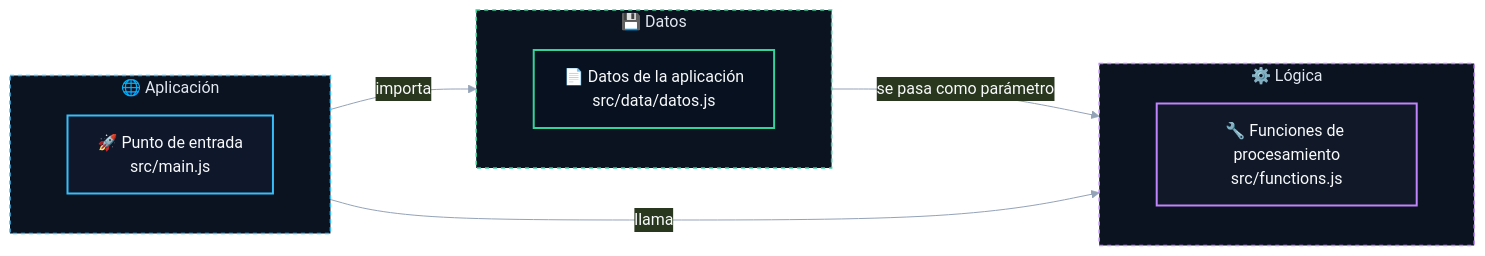
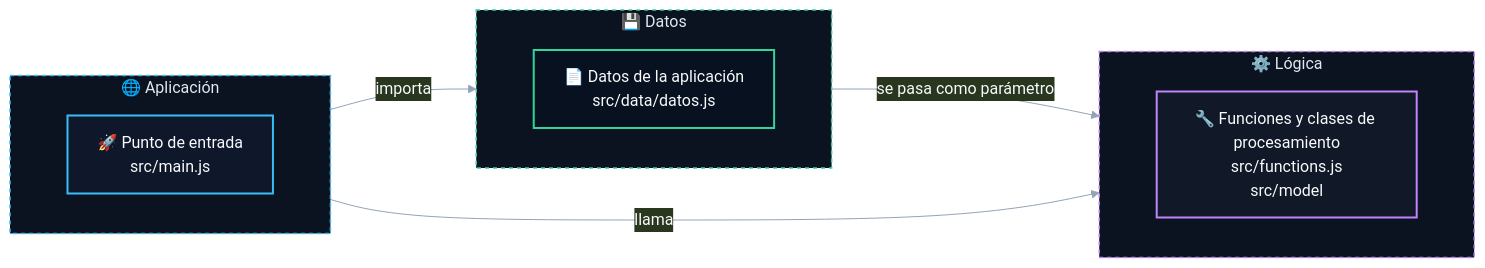
One commit to DavidTorro/BatoiBooks changed the diagram in README.md. Above: the diagram before and after it, drawn with Mermaid. The commit also changed other lines of this file, not shown here.

````diff
--- a/README.md
+++ b/README.md
@@ -30,46 +30,46 @@
 ```mermaid
 %%{init: {
     "theme": "base",
     "flowchart": { "curve": "basis", "nodeSpacing": 60, "rankSpacing": 90 },
     "themeVariables": {
         "primaryColor": "#1f2937",
         "primaryTextColor": "#f9fafb",
         "primaryBorderColor": "#60a5fa",
         "lineColor": "#94a3b8",
         "tertiaryColor": "#0f172a"
     }
 }}%%
 
 flowchart LR
     subgraph SG0["🌐 Aplicación"]
         direction LR
         app["🚀 Punto de entrada<br/>src/main.js"]
     end
 
     subgraph SG1["⚙️ Lógica"]
         direction LR
-        logic["🔧 Funciones de procesamiento<br/>src/functions.js"]
+        logic["🔧 Funciones y clases de procesamiento<br/>src/functions.js<br/>src/model"]
     end
 
     subgraph SG2["💾 Datos"]
         direction LR
         data["📄 Datos de la aplicación<br/>src/data/datos.js"]
     end
 
     app -- "llama" --> logic
     app -- "importa" --> data
     data -- "se pasa como parámetro" --> logic
 
     classDef g0 fill:#0f172a,stroke:#38bdf8,color:#f8fafc,stroke-width:2px;
     class app g0;
 
     classDef g1 fill:#111827,stroke:#c084fc,color:#f8fafc,stroke-width:2px;
     class logic g1;
 
     classDef g2 fill:#08111f,stroke:#34d399,color:#f8fafc,stroke-width:2px;
     class data g2;
 
     style SG0 fill:#0b1220,stroke:#38bdf8,stroke-width:1.5px,stroke-dasharray: 4 4,color:#e2e8f0
     style SG1 fill:#0b1220,stroke:#c084fc,stroke-width:1.5px,stroke-dasharray: 4 4,color:#e2e8f0
     style SG2 fill:#0b1220,stroke:#34d399,stroke-width:1.5px,stroke-dasharray: 4 4,color:#e2e8f0
 ```
````
